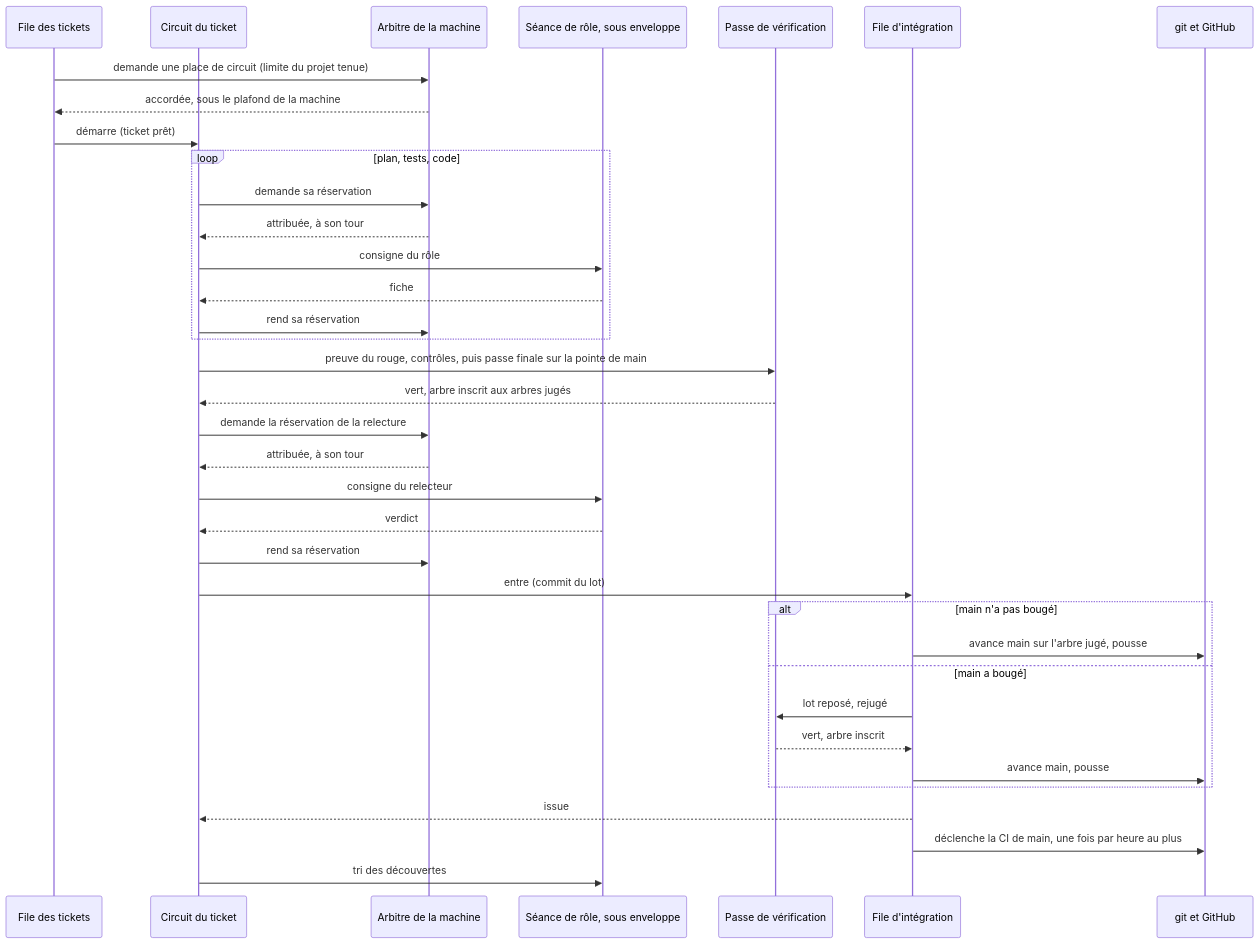
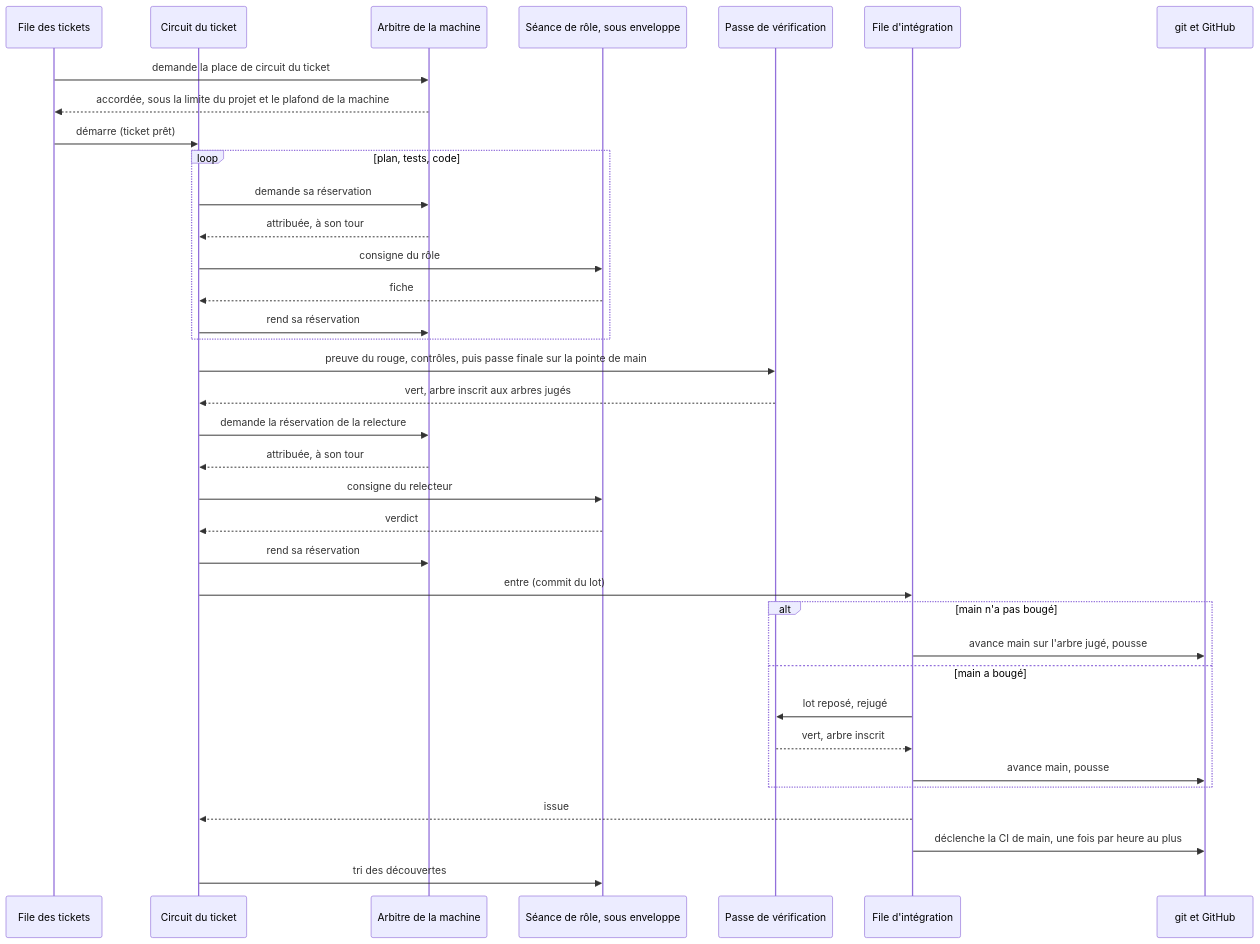
One commit to roomi-fields/roomis-grillhouse changed the third of 4 diagrams in docs/ARCHITECTURE.md. Above: the diagram before and after it, drawn with Mermaid. The commit also changed other lines of this file and 2 other files, not shown here.

Commit message:
docs(@roomi-fields/grillhouse): le document du circuit entre au dépôt, le document de tête s'aligne — une place par circuit tenue par l'arbitre, réservation à chaque étape, le direct comme les autres circuits, la voie de secours (grillhouse-3uv.220)

````diff
--- a/docs/ARCHITECTURE.md
+++ b/docs/ARCHITECTURE.md
@@ -149,38 +149,38 @@
 ```mermaid
 sequenceDiagram
   participant T as File des tickets
   participant C as Circuit du ticket
   participant A as Arbitre de la machine
   participant S as Séance de rôle, sous enveloppe
   participant P as Passe de vérification
   participant F as File d'intégration
   participant G as git et GitHub
-  T->>A: demande une place de circuit (limite du projet tenue)
-  A-->>T: accordée, sous le plafond de la machine
+  T->>A: demande la place de circuit du ticket
+  A-->>T: accordée, sous la limite du projet et le plafond de la machine
   T->>C: démarre (ticket prêt)
   loop plan, tests, code
     C->>A: demande sa réservation
     A-->>C: attribuée, à son tour
     C->>S: consigne du rôle
     S-->>C: fiche
     C->>A: rend sa réservation
   end
   C->>P: preuve du rouge, contrôles, puis passe finale sur la pointe de main
   P-->>C: vert, arbre inscrit aux arbres jugés
   C->>A: demande la réservation de la relecture
   A-->>C: attribuée, à son tour
   C->>S: consigne du relecteur
   S-->>C: verdict
   C->>A: rend sa réservation
   C->>F: entre (commit du lot)
   alt main n'a pas bougé
     F->>G: avance main sur l'arbre jugé, pousse
   else main a bougé
     F->>P: lot reposé, rejugé
     P-->>F: vert, arbre inscrit
     F->>G: avance main, pousse
   end
   F-->>C: issue
   F->>G: déclenche la CI de main, une fois par heure au plus
   C->>S: tri des découvertes
 ```
````
